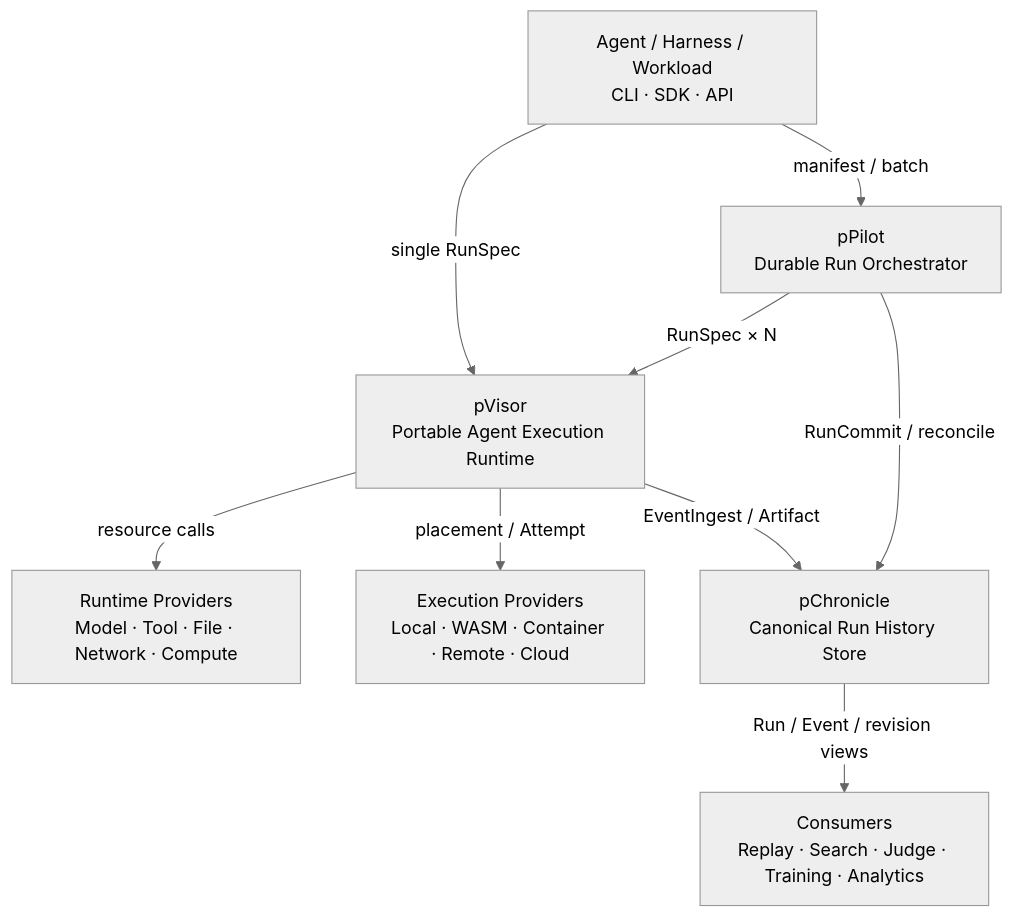
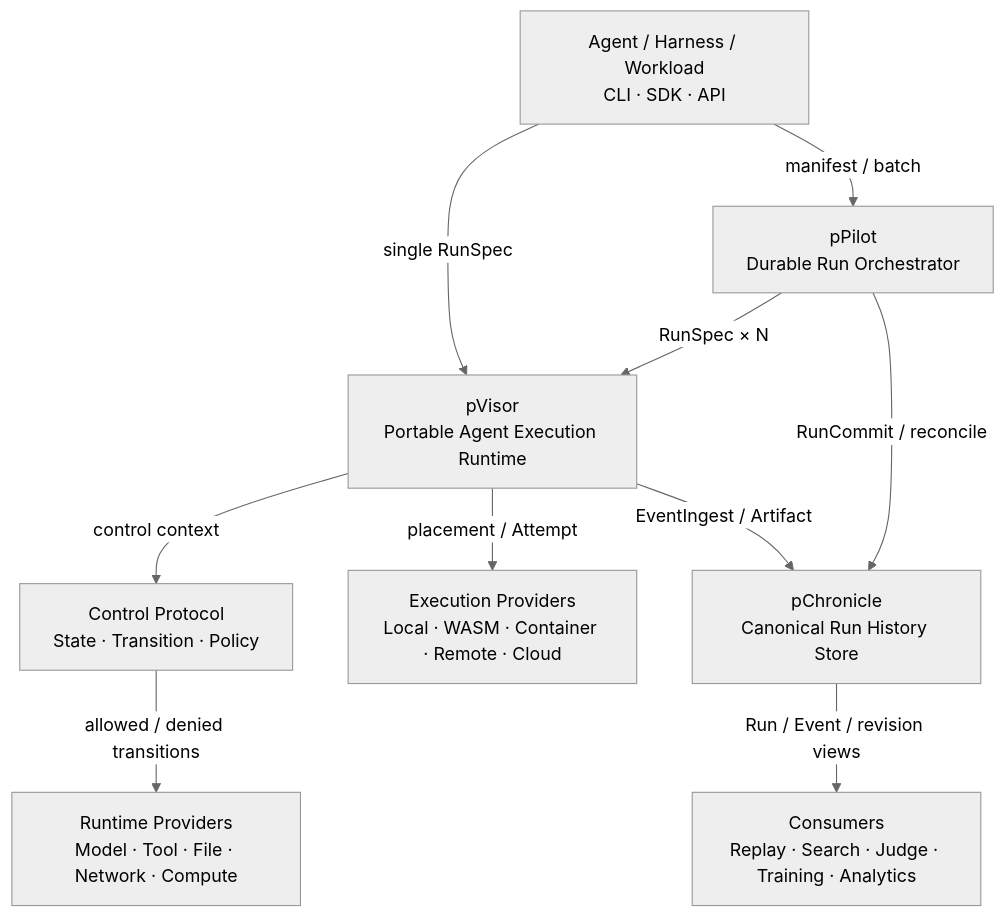
The first of 2 diagrams in docs/src/design/agent-infrastructure.md (DeepLink-org/Persisting), drawn with Mermaid (neutral theme) before and after one commit. The commit also changed other lines of this file and 571 other files, not shown here.

First line of the commit message:
feat: establish full pVisor runtime architecture

````diff
--- a/docs/src/design/agent-infrastructure.md
+++ b/docs/src/design/agent-infrastructure.md
@@ -76,21 +73,23 @@
 ```mermaid
 flowchart TB
   SURFACE["Agent / Harness / Workload<br/>CLI · SDK · API"]
 
   PPILOT["pPilot<br/>Durable Run Orchestrator"]
   PVISOR["pVisor<br/>Portable Agent Execution Runtime"]
+  CONTROL["Control Protocol<br/>State · Transition · Policy"]
   PCHRONICLE["pChronicle<br/>Canonical Run History Store"]
 
   PROVIDERS["Runtime Providers<br/>Model · Tool · File · Network · Compute"]
   EXECUTORS["Execution Providers<br/>Local · WASM · Container · Remote · Cloud"]
   CONSUMERS["Consumers<br/>Replay · Search · Judge · Training · Analytics"]
 
   SURFACE -->|"single RunSpec"| PVISOR
   SURFACE -->|"manifest / batch"| PPILOT
   PPILOT -->|"RunSpec × N"| PVISOR
-  PVISOR -->|"resource calls"| PROVIDERS
+  PVISOR -->|"control context"| CONTROL
+  CONTROL -->|"allowed / denied transitions"| PROVIDERS
   PVISOR -->|"placement / Attempt"| EXECUTORS
   PVISOR -->|"EventIngest / Artifact"| PCHRONICLE
   PPILOT -->|"RunCommit / reconcile"| PCHRONICLE
   PCHRONICLE -->|"Run / Event / revision views"| CONSUMERS
 ```
````
